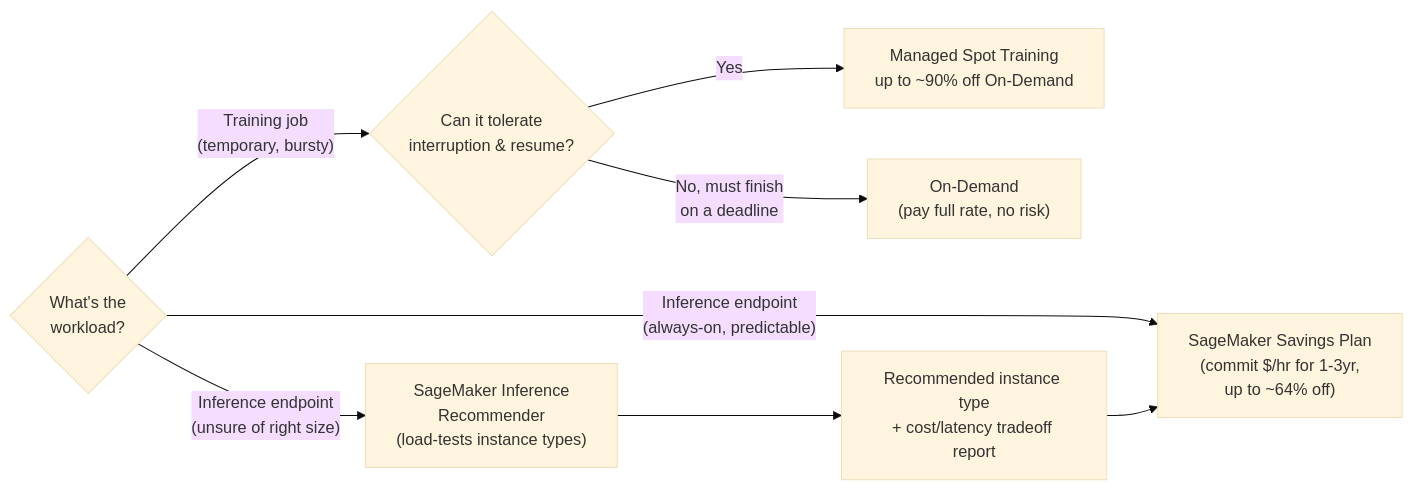
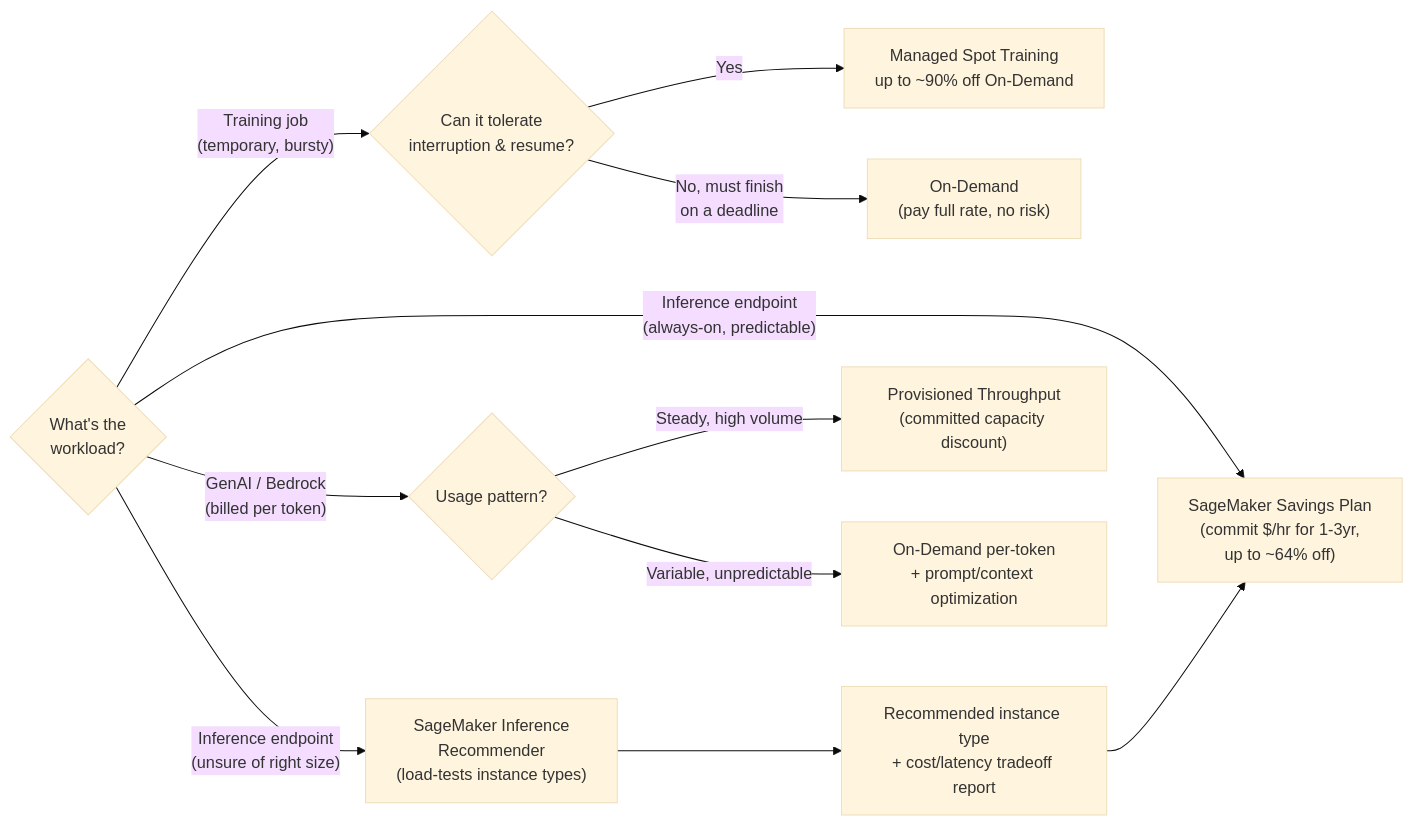
One commit to pabilandokarenpv/AWS changed the first of 2 diagrams in certifications/mla-c02/domain-4-monitoring-security/ml-cost-optimization.md. Above: the diagram before and after it, drawn with Mermaid (base theme). The commit also changed other lines of this file and 50 other files, not shown here.

Commit message:
Deep-expand fundamentals + all 12 cert domain folders (SAA-C03/DVA-C03/MLA-C02): 2-3x longer, worked case studies, more diagrams, real images, 12-15 exam scenarios per domain, more labs

````diff
--- a/certifications/mla-c02/domain-4-monitoring-security/ml-cost-optimization.md
+++ b/certifications/mla-c02/domain-4-monitoring-security/ml-cost-optimization.md
@@ -34,10 +38,13 @@
 ```mermaid
 flowchart LR
     A{"What's the<br/>workload?"} -->|"Training job<br/>(temporary, bursty)"| B{"Can it tolerate<br/>interruption & resume?"}
     B -->|Yes| C["Managed Spot Training<br/>up to ~90% off On-Demand"]
     B -->|No, must finish<br/>on a deadline| D["On-Demand<br/>(pay full rate, no risk)"]
     A -->|"Inference endpoint<br/>(always-on, predictable)"| E["SageMaker Savings Plan<br/>(commit $/hr for 1-3yr,<br/>up to ~64% off)"]
     A -->|"Inference endpoint<br/>(unsure of right size)"| F["SageMaker Inference<br/>Recommender<br/>(load-tests instance types)"]
     F --> G["Recommended instance type<br/>+ cost/latency tradeoff report"]
     G --> E
+    A -->|"GenAI / Bedrock<br/>(billed per token)"| H{"Usage pattern?"}
+    H -->|"Steady, high volume"| I["Provisioned Throughput<br/>(committed capacity discount)"]
+    H -->|"Variable, unpredictable"| J["On-Demand per-token<br/>+ prompt/context optimization"]
 ```
````
